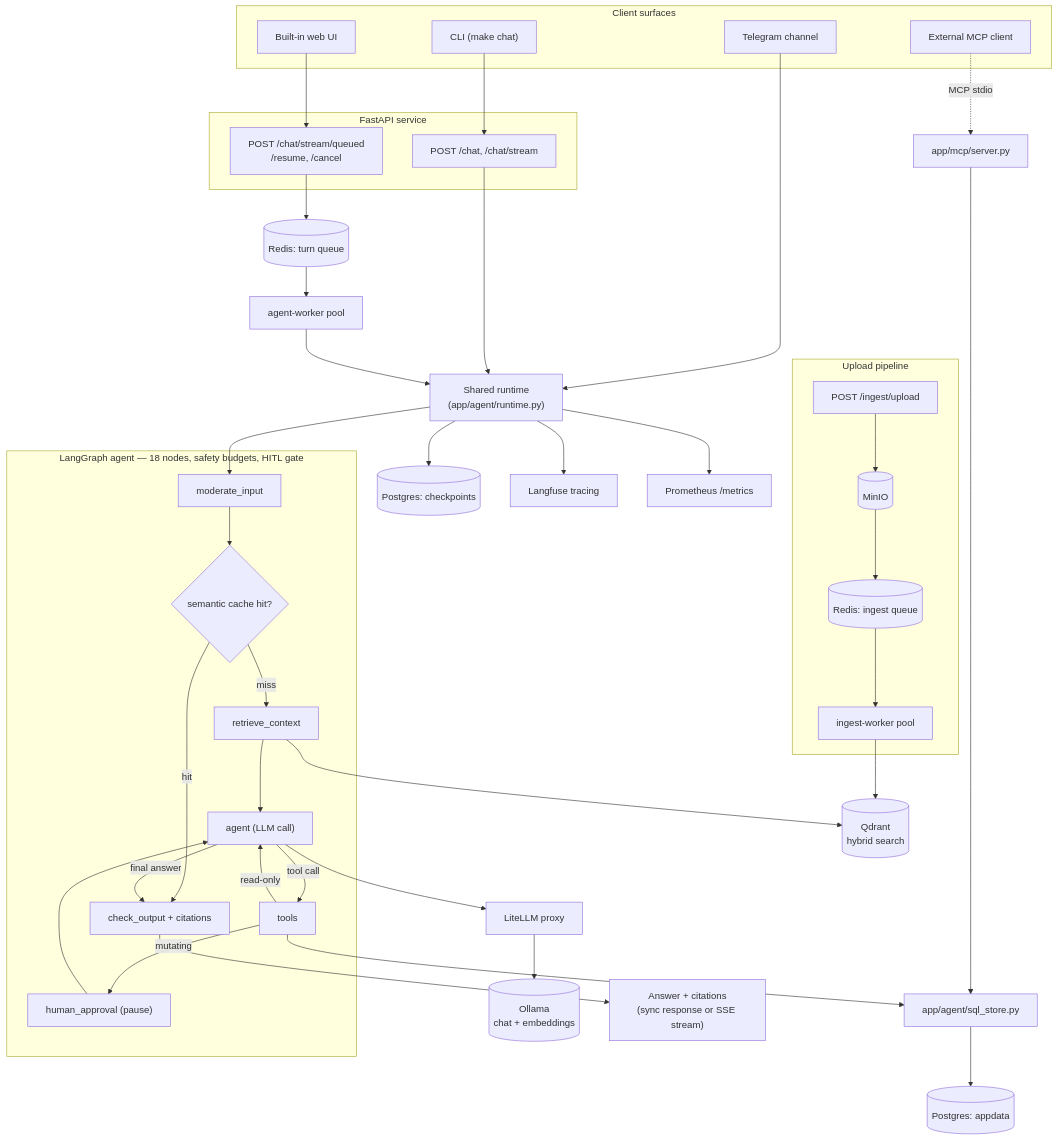
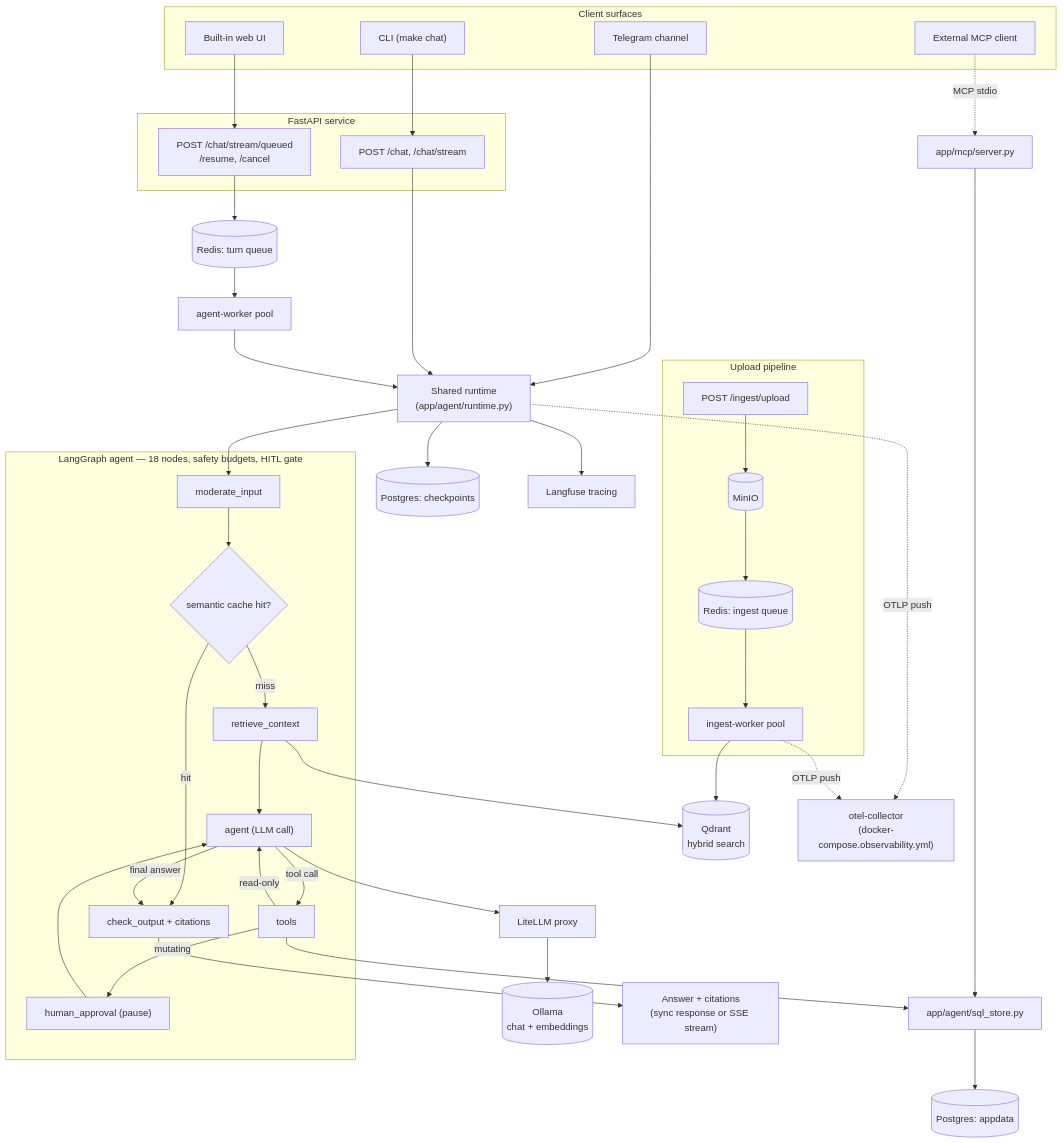
One commit to truongpx396/agent-core-demo changed the diagram in README.md. Above: the diagram before and after it, drawn with Mermaid. The commit also changed other lines of this file and 38 other files, not shown here.

First line of the commit message:
Swap logging to structlog, metrics to OTel, and add a Grafana/Loki/Prometheus observability stack

````diff
--- a/README.md
+++ b/README.md
@@ -47,61 +47,62 @@
 ```mermaid
 flowchart TB
     subgraph clients_sg["Client surfaces"]
         CLI["CLI (make chat)"]
         WebUI["Built-in web UI"]
         Telegram["Telegram channel"]
         ExtMCP["External MCP client"]
     end
 
     subgraph api_sg["FastAPI service"]
         Sync["POST /chat, /chat/stream"]
         Queued["POST /chat/stream/queued<br/>/resume, /cancel"]
     end
 
     CLI --> Sync
     WebUI --> Queued
     Telegram --> Runtime
     ExtMCP -. MCP stdio .-> MCPServer["app/mcp/server.py"]
 
     Sync --> Runtime["Shared runtime<br/>(app/agent/runtime.py)"]
     Queued --> TurnQueue[("Redis: turn queue")]
     TurnQueue --> AgentWorker["agent-worker pool"]
     AgentWorker --> Runtime
 
     Runtime --> Moderate
 
     subgraph agent_sg["LangGraph agent — 18 nodes, safety budgets, HITL gate"]
         Moderate["moderate_input"]
         CacheCheck{"semantic cache hit?"}
         Retrieve["retrieve_context"]
         AgentNode["agent (LLM call)"]
         ToolsNode["tools"]
         HITL["human_approval (pause)"]
         Output["check_output + citations"]
     end
 
     Moderate --> CacheCheck
     CacheCheck -- miss --> Retrieve --> AgentNode
     CacheCheck -- hit --> Output
     AgentNode -- tool call --> ToolsNode
     ToolsNode -- mutating --> HITL --> AgentNode
     ToolsNode -- read-only --> AgentNode
     AgentNode -- final answer --> Output
 
     MCPServer --> SQL["app/agent/sql_store.py"]
     ToolsNode --> SQL
     SQL --> Postgres[("Postgres: appdata")]
     Retrieve --> Qdrant[("Qdrant<br/>hybrid search")]
     AgentNode --> LiteLLM["LiteLLM proxy"] --> Ollama[("Ollama<br/>chat + embeddings")]
     Runtime --> Checkpointer[("Postgres: checkpoints")]
     Runtime --> Langfuse["Langfuse tracing"]
-    Runtime --> Prometheus["Prometheus /metrics"]
+    Runtime -. OTLP push .-> OtelCollector["otel-collector<br/>(docker-compose.observability.yml)"]
     Output --> ClientResponse["Answer + citations<br/>(sync response or SSE stream)"]
 
     subgraph ingest_sg["Upload pipeline"]
         UploadEP["POST /ingest/upload"] --> MinIO[("MinIO")]
         MinIO --> IngestQueue[("Redis: ingest queue")]
         IngestQueue --> IngestWorker["ingest-worker pool"]
     end
     IngestWorker --> Qdrant
+    IngestWorker -. OTLP push .-> OtelCollector
 ```
````
